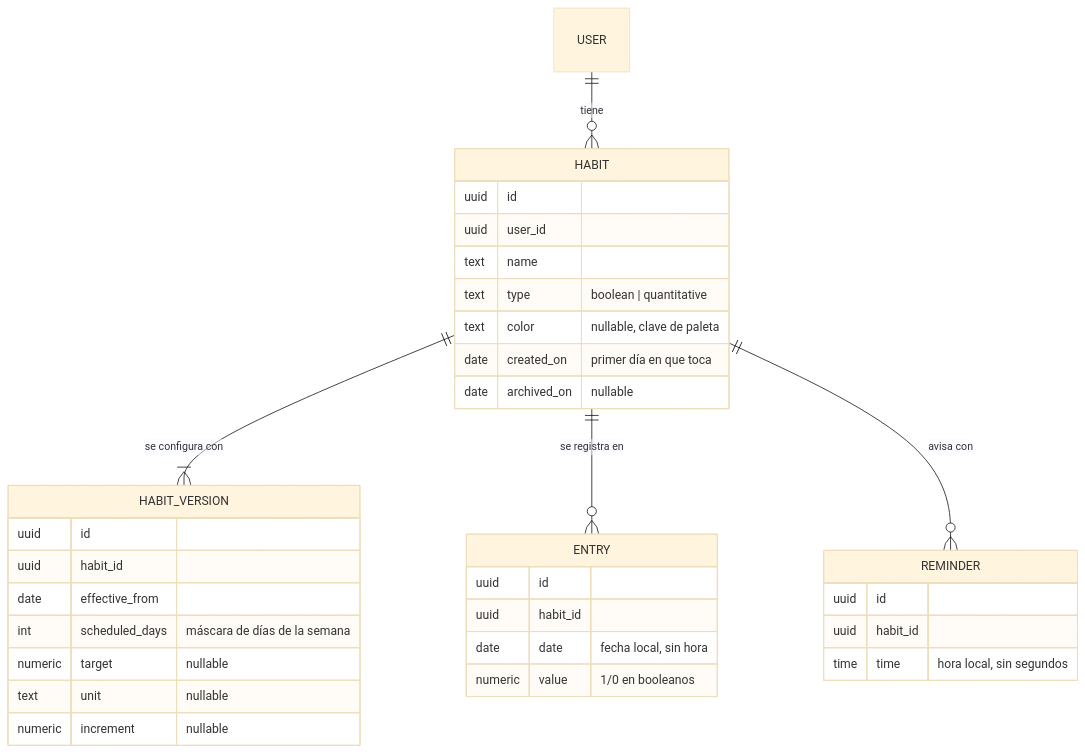
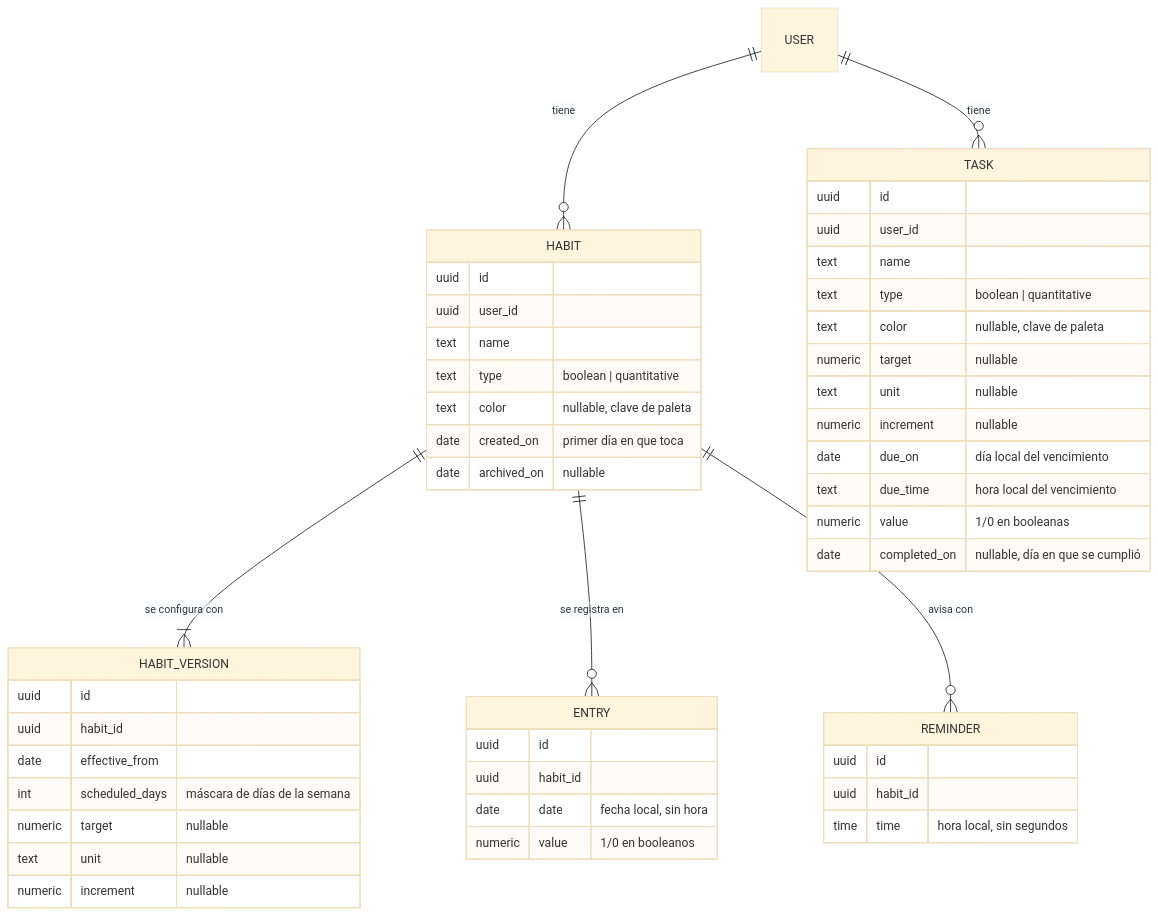
The second of 2 diagrams in docs/arquitectura.md (jota-marcar/habitos), drawn with Mermaid (base theme) before and after one commit. The commit also changed other lines of this file and 3 other files, not shown here.

````diff
--- a/docs/arquitectura.md
+++ b/docs/arquitectura.md
@@ -105,37 +105,52 @@
 ```mermaid
 erDiagram
     USER ||--o{ HABIT : tiene
+    USER ||--o{ TASK : tiene
     HABIT ||--|{ HABIT_VERSION : "se configura con"
     HABIT ||--o{ ENTRY : "se registra en"
     HABIT ||--o{ REMINDER : "avisa con"
 
     HABIT {
         uuid id
         uuid user_id
         text name
         text type "boolean | quantitative"
         text color "nullable, clave de paleta"
         date created_on "primer día en que toca"
         date archived_on "nullable"
     }
     HABIT_VERSION {
         uuid id
         uuid habit_id
         date effective_from
         int scheduled_days "máscara de días de la semana"
         numeric target "nullable"
         text unit "nullable"
         numeric increment "nullable"
     }
     ENTRY {
         uuid id
         uuid habit_id
         date date "fecha local, sin hora"
         numeric value "1/0 en booleanos"
     }
     REMINDER {
         uuid id
         uuid habit_id
         time time "hora local, sin segundos"
     }
+    TASK {
+        uuid id
+        uuid user_id
+        text name
+        text type "boolean | quantitative"
+        text color "nullable, clave de paleta"
+        numeric target "nullable"
+        text unit "nullable"
+        numeric increment "nullable"
+        date due_on "día local del vencimiento"
+        text due_time "hora local del vencimiento"
+        numeric value "1/0 en booleanas"
+        date completed_on "nullable, día en que se cumplió"
+    }
 ```
````
